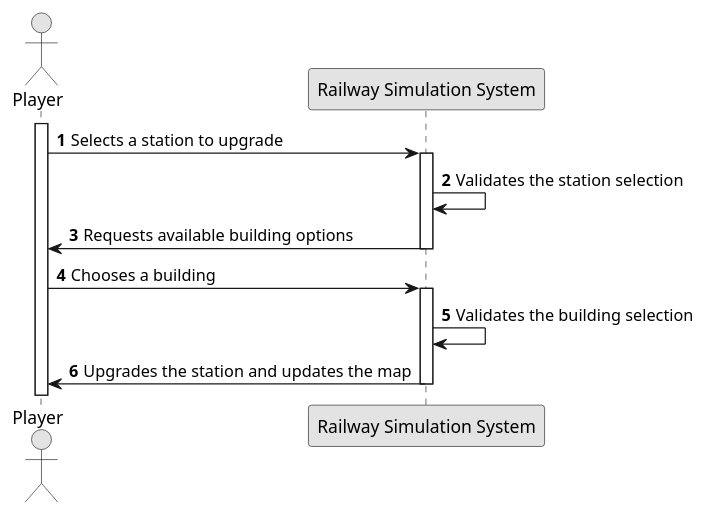
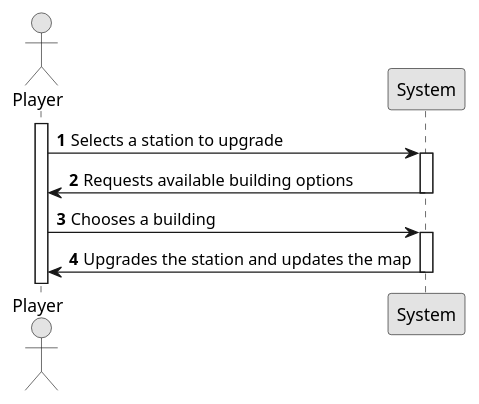
Before and after one commit to goncalolopesp/sem2-pi-24.25-g093-repo: the diagram in docs/system-documentation/US006/01.requirements-engineering/puml/US006-SSD.puml, drawn with PlantUML. The commit also changed 5 other files, not shown here.

```diff
--- a/docs/system-documentation/US006/01.requirements-engineering/puml/US006-SSD.puml
+++ b/docs/system-documentation/US006/01.requirements-engineering/puml/US006-SSD.puml
@@ -1,25 +1,23 @@
 @startuml
 
 skinparam monochrome true
 skinparam packageStyle rectangle
 skinparam shadowing false
 
 autonumber
 
 actor "Player" as Player
-participant "Railway Simulation System" as System
+participant "System" as System
 
 activate Player
 
     Player -> System : Selects a station to upgrade
     activate System
-    System -> System : Validates the station selection
     System -> Player : Requests available building options
     deactivate System
     Player -> System : Chooses a building
     activate System
-    System -> System : Validates the building selection
     System -> Player : Upgrades the station and updates the map
     deactivate System
 
 @enduml
```
